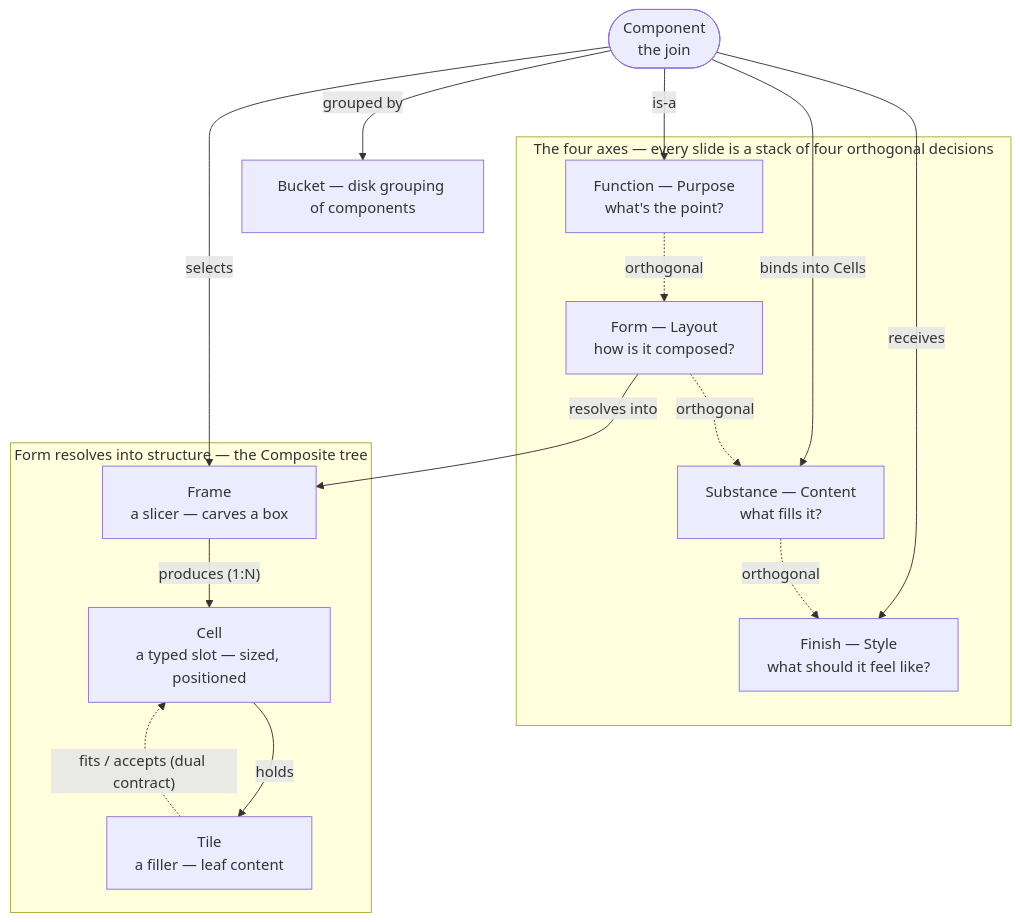
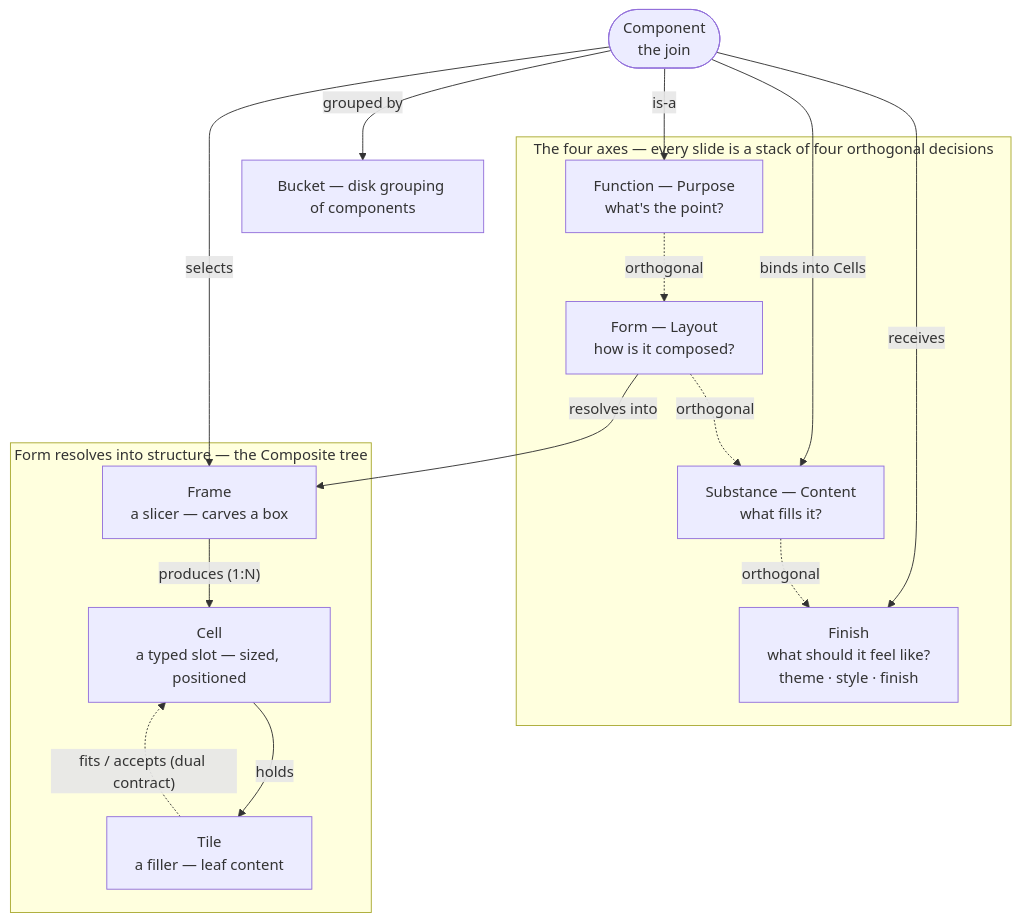
The diagram in design/concepts.md (SlideWright/lattice), drawn with Mermaid before and after one commit. The commit also changed other lines of this file and 47 other files, not shown here.

````diff
--- a/design/concepts.md
+++ b/design/concepts.md
@@ -35,33 +35,33 @@
 ```mermaid
 graph TD
   subgraph AXES["The four axes — every slide is a stack of four orthogonal decisions"]
     FUNC["Function — Purpose<br/>what's the point?"]
     FORM["Form — Layout<br/>how is it composed?"]
     SUBS["Substance — Content<br/>what fills it?"]
-    FIN["Finish — Style<br/>what should it feel like?"]
+    FIN["Finish<br/>what should it feel like?<br/>theme · style · finish"]
   end
 
   subgraph STRUCT["Form resolves into structure — the Composite tree"]
     FRAME["Frame<br/>a slicer — carves a box"]
     CELL["Cell<br/>a typed slot — sized, positioned"]
     TILE["Tile<br/>a filler — leaf content"]
   end
 
   COMP(["Component<br/>the join"])
   BUCKET["Bucket — disk grouping of components"]
 
   FORM -->|"resolves into"| FRAME
   FRAME -->|"produces (1:N)"| CELL
   CELL -->|"holds"| TILE
   TILE -.->|"fits / accepts (dual contract)"| CELL
 
   COMP -->|"is-a"| FUNC
   COMP -->|"selects"| FRAME
   COMP -->|"binds into Cells"| SUBS
   COMP -->|"receives"| FIN
   COMP -->|"grouped by"| BUCKET
 
   FUNC -.->|orthogonal| FORM
   FORM -.->|orthogonal| SUBS
   SUBS -.->|orthogonal| FIN
 ```
````
